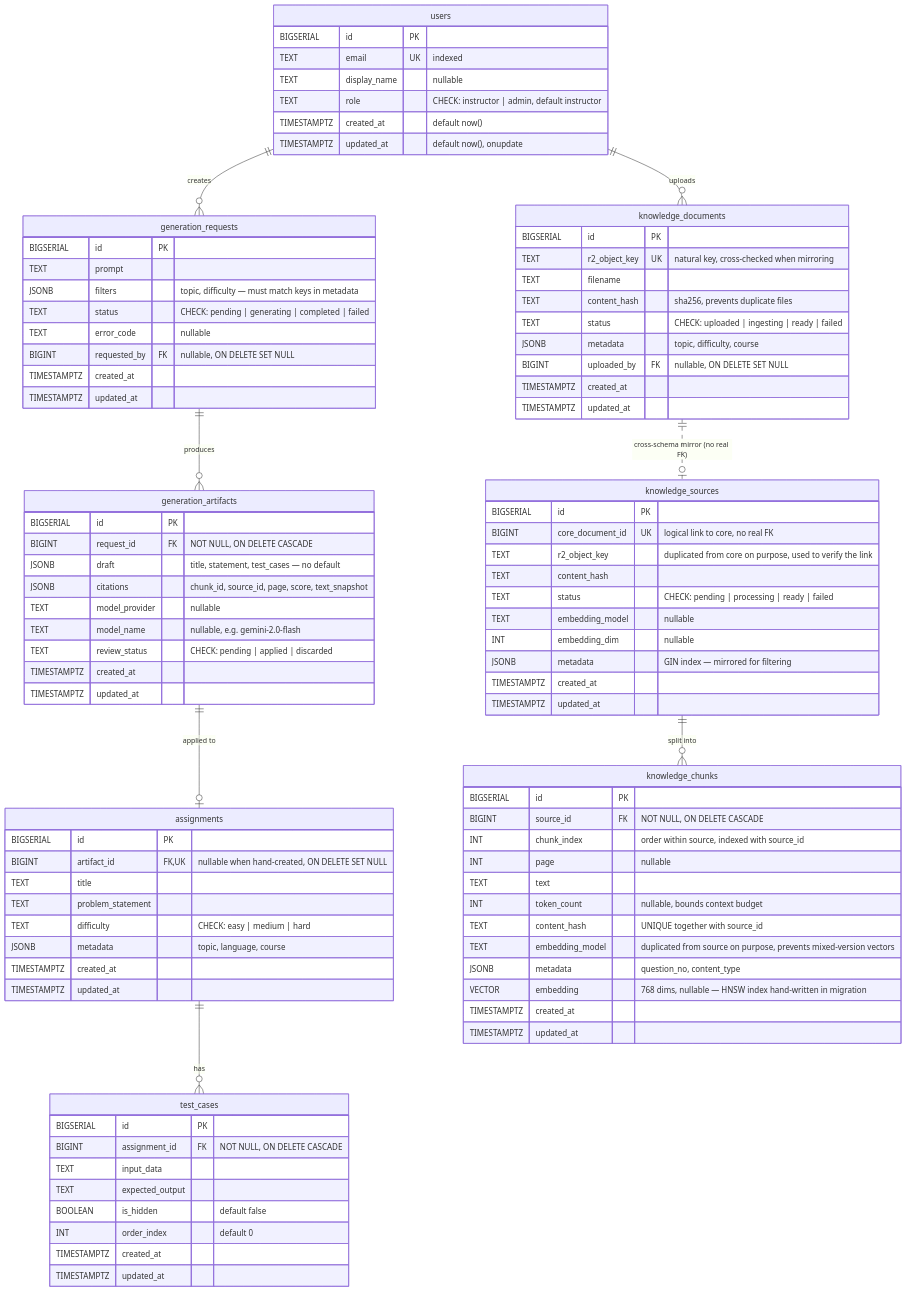
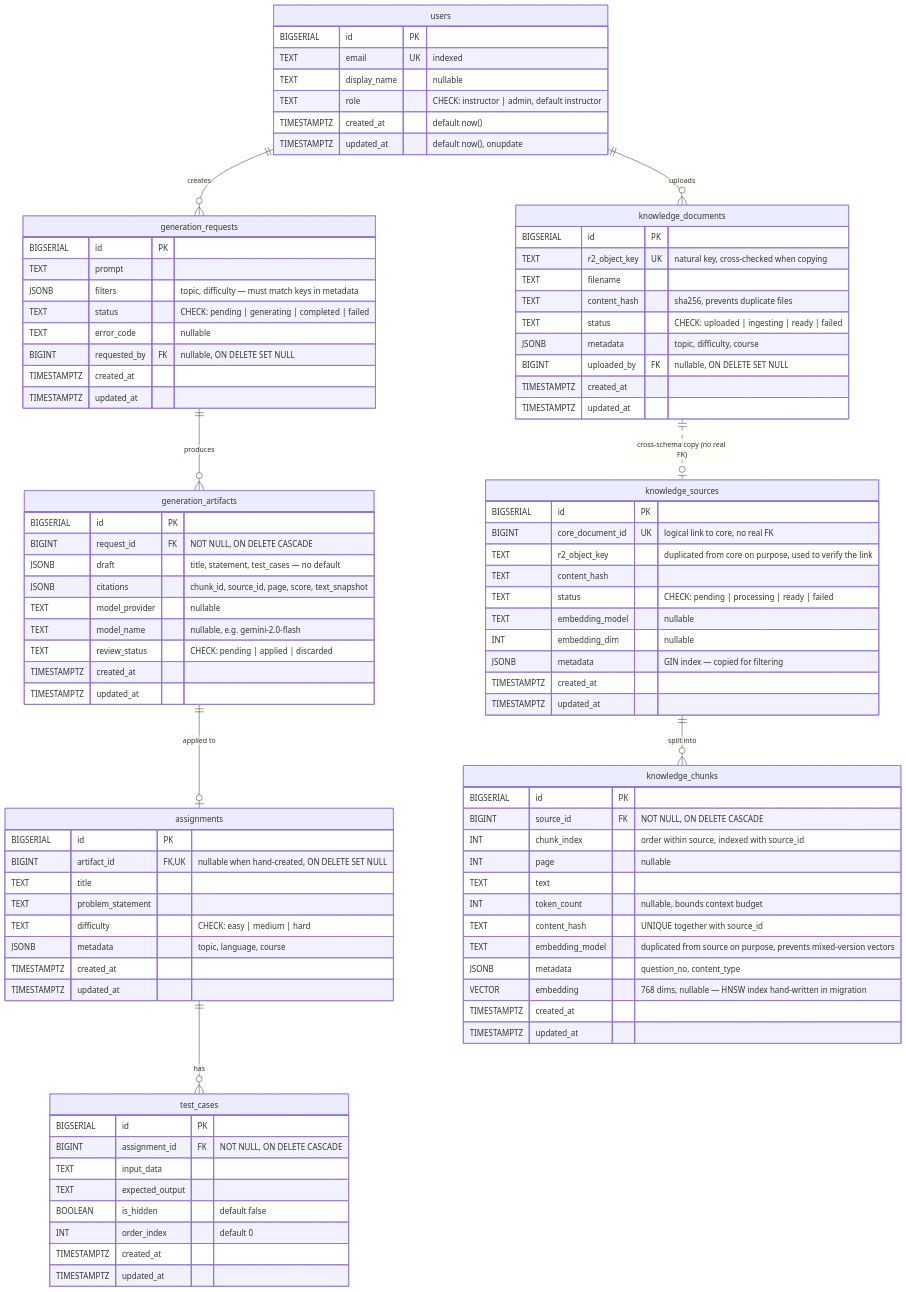
One commit to 03376124-SDD-2-1-69-SEC-1/PyJudge changed the diagram in README.md. Above: the diagram before and after it, drawn with Mermaid. The commit also changed other lines of this file and 9 other files, not shown here.

````diff
--- a/README.md
+++ b/README.md
@@ -358,7 +365,7 @@
 
     knowledge_documents {
         BIGSERIAL id PK
-        TEXT r2_object_key UK "natural key, cross-checked when mirroring"
+        TEXT r2_object_key UK "natural key, cross-checked when copying"
         TEXT filename
         TEXT content_hash "sha256, prevents duplicate files"
         TEXT status "CHECK: uploaded | ingesting | ready | failed"
@@ -423,7 +430,7 @@
         TEXT status "CHECK: pending | processing | ready | failed"
         TEXT embedding_model "nullable"
         INT embedding_dim "nullable"
-        JSONB metadata "GIN index — mirrored for filtering"
+        JSONB metadata "GIN index — copied for filtering"
         TIMESTAMPTZ created_at
         TIMESTAMPTZ updated_at
     }
@@ -451,5 +458,5 @@
     generation_artifacts ||--o| assignments : "applied to"
     assignments ||--o{ test_cases : "has"
     knowledge_sources ||--o{ knowledge_chunks : "split into"
-    knowledge_documents ||..o| knowledge_sources : "cross-schema mirror (no real FK)"
+    knowledge_documents ||..o| knowledge_sources : "cross-schema copy (no real FK)"
 ```
````
